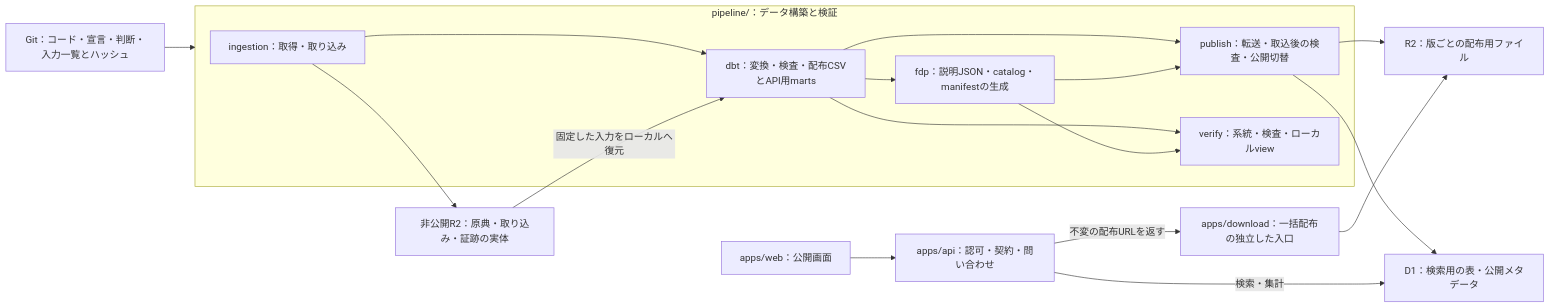
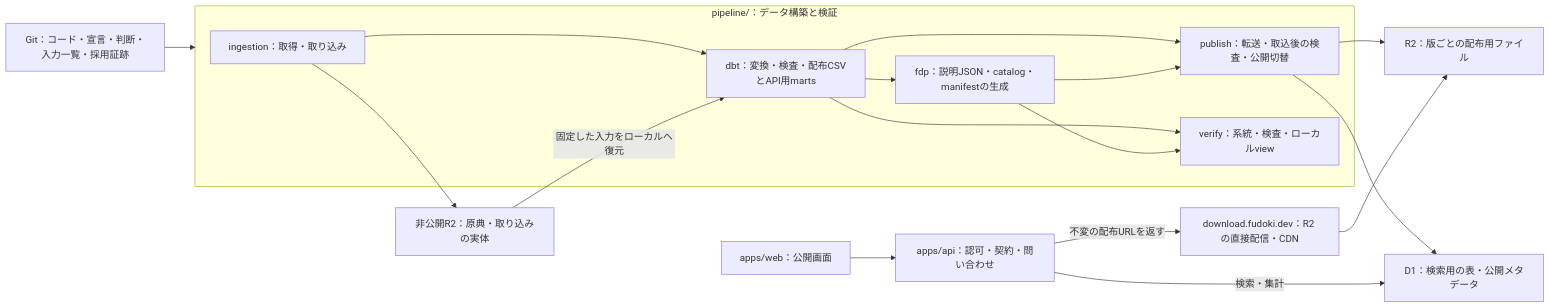
One commit to wwwyo/fudoki changed the diagram in docs/design-doc-monorepo.md. Above: the diagram before and after it, drawn with Mermaid. The commit also changed other lines of this file and 49 other files, not shown here.

````diff
--- a/docs/design-doc-monorepo.md
+++ b/docs/design-doc-monorepo.md
@@ -26,21 +26,21 @@
 ```mermaid
 flowchart LR
   subgraph Pipeline["pipeline/：データ構築と検証"]
     I["ingestion：取得・取り込み"] --> D["dbt：変換・検査・配布CSVとAPI用marts"]
     D --> F["fdp：説明JSON・catalog・manifestの生成"]
     D --> P["publish：転送・取込後の検査・公開切替"]
     F --> P
     D --> V["verify：系統・検査・ローカルview"]
     F --> V
   end
-  G["Git：コード・宣言・判断・入力一覧とハッシュ"] --> Pipeline
-  I --> N["非公開R2：原典・取り込み・証跡の実体"]
+  G["Git：コード・宣言・判断・入力一覧・採用証跡"] --> Pipeline
+  I --> N["非公開R2：原典・取り込みの実体"]
   N -->|固定した入力をローカルへ復元| D
   P --> R["R2：版ごとの配布用ファイル"]
   P --> Q["D1：検索用の表・公開メタデータ"]
   A["apps/api：認可・契約・問い合わせ"]
   A -->|検索・集計| Q
-  B["apps/download：一括配布の独立した入口"] --> R
+  B["download.fudoki.dev：R2 の直接配信・CDN"] --> R
   A -->|不変の配布URLを返す| B
   W["apps/web：公開画面"] --> A
 ```
````
